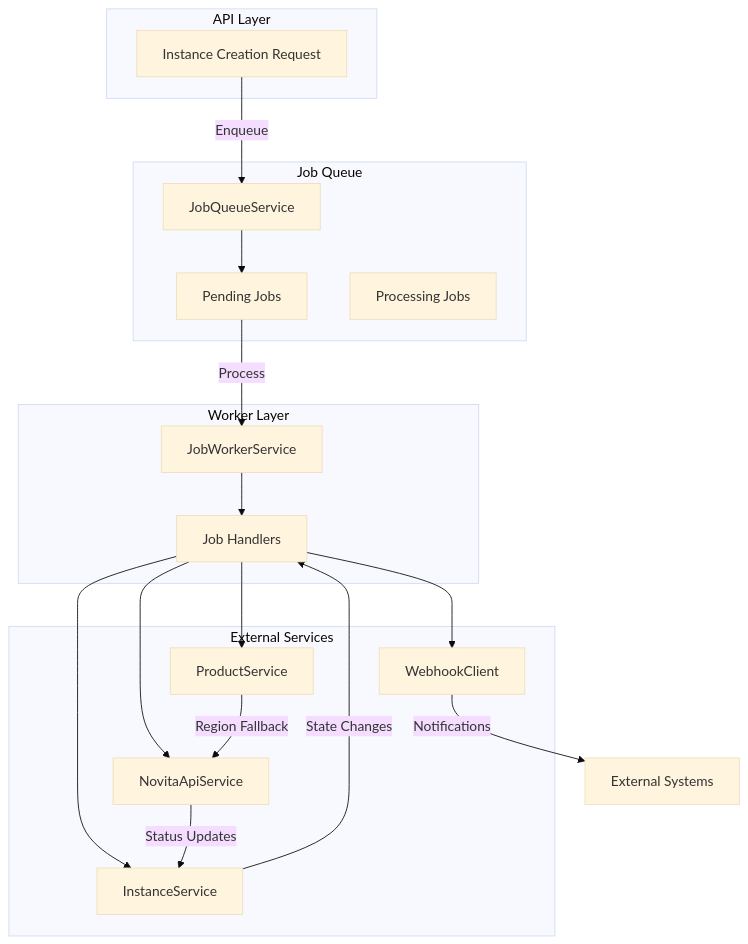
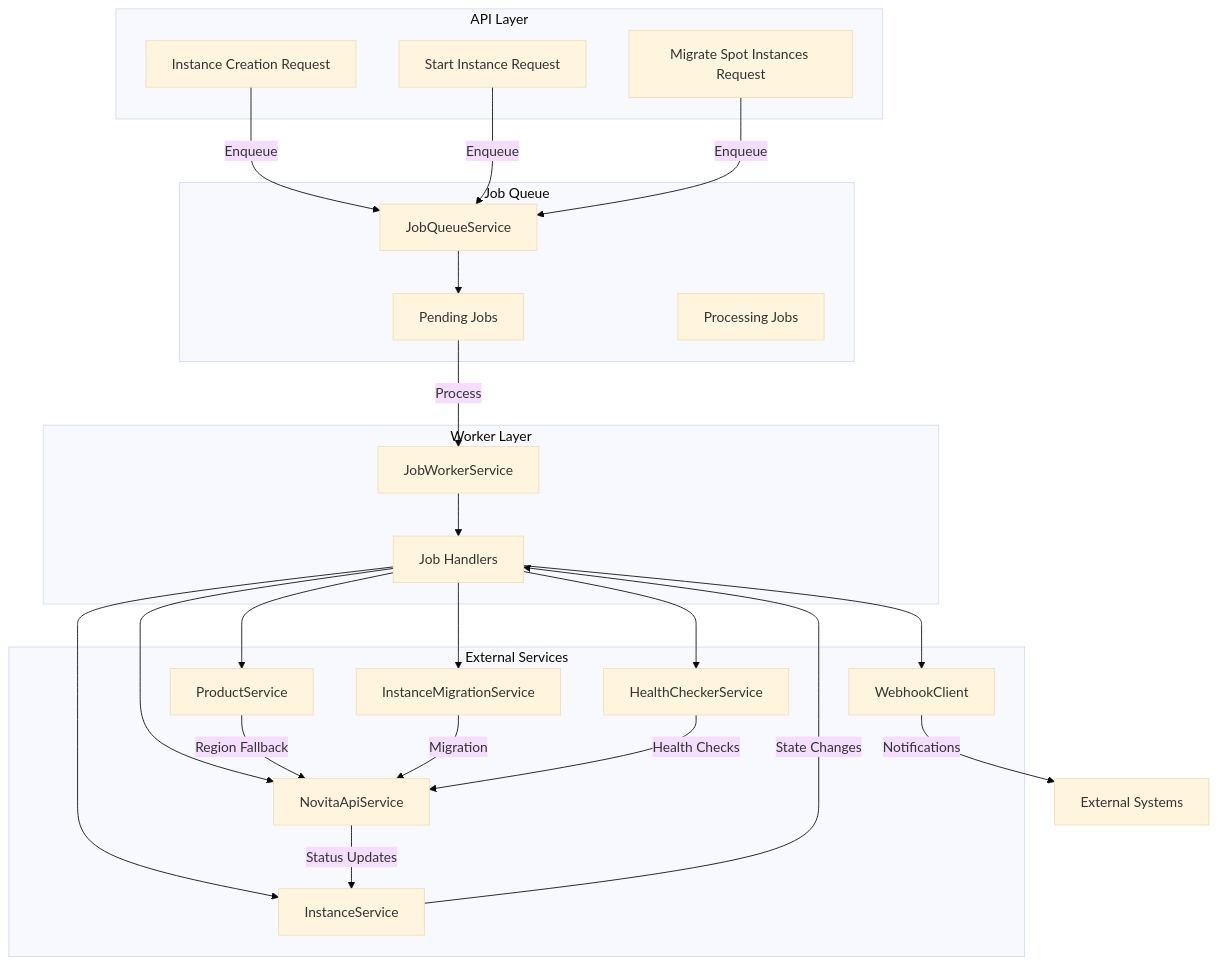
Before and after one commit to sontl/novita-ai-api: diagram 13 of 13 in .qoder/repowiki/en/content/Service Architecture/Job Worker Service.md, drawn with Mermaid (base theme). The commit also changed other lines of this file and 76 other files, not shown here.

````diff
--- a/.qoder/repowiki/en/content/Service Architecture/Job Worker Service.md
+++ b/.qoder/repowiki/en/content/Service Architecture/Job Worker Service.md
@@ -346,33 +449,43 @@
 ```mermaid
 graph TB
 subgraph "API Layer"
 A[Instance Creation Request]
+B[Start Instance Request]
+C[Migrate Spot Instances Request]
 end
 subgraph "Job Queue"
-B[JobQueueService]
-C[Pending Jobs]
-D[Processing Jobs]
+D[JobQueueService]
+E[Pending Jobs]
+F[Processing Jobs]
 end
 subgraph "Worker Layer"
-E[JobWorkerService]
-F[Job Handlers]
+G[JobWorkerService]
+H[Job Handlers]
 end
 subgraph "External Services"
-G[NovitaApiService]
-H[InstanceService]
-I[WebhookClient]
-J[ProductService]
+I[NovitaApiService]
+J[InstanceService]
+K[WebhookClient]
+L[ProductService]
+M[InstanceMigrationService]
+N[HealthCheckerService]
 end
-A --> |Enqueue| B
-B --> C
-C --> |Process| E
-E --> F
-F --> G
-F --> H
-F --> I
-F --> J
-G --> |Status Updates| H
-H --> |State Changes| F
-I --> |Notifications| External[External Systems]
-J --> |Region Fallback| G
+A --> |Enqueue| D
+B --> |Enqueue| D
+C --> |Enqueue| D
+D --> E
+E --> |Process| G
+G --> H
+H --> I
+H --> J
+H --> K
+H --> L
+H --> M
+H --> N
+I --> |Status Updates| J
+J --> |State Changes| H
+K --> |Notifications| External[External Systems]
+L --> |Region Fallback| I
+M --> |Migration| I
+N --> |Health Checks| I
 ```
````
